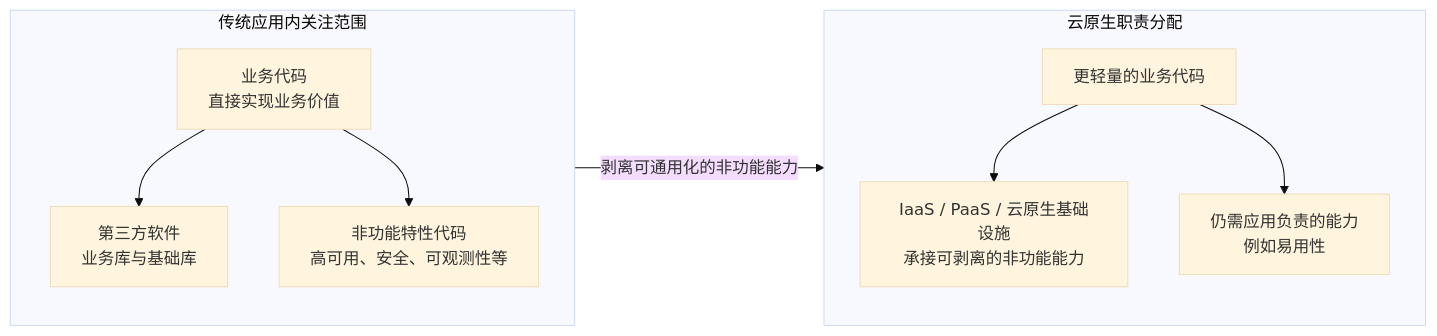
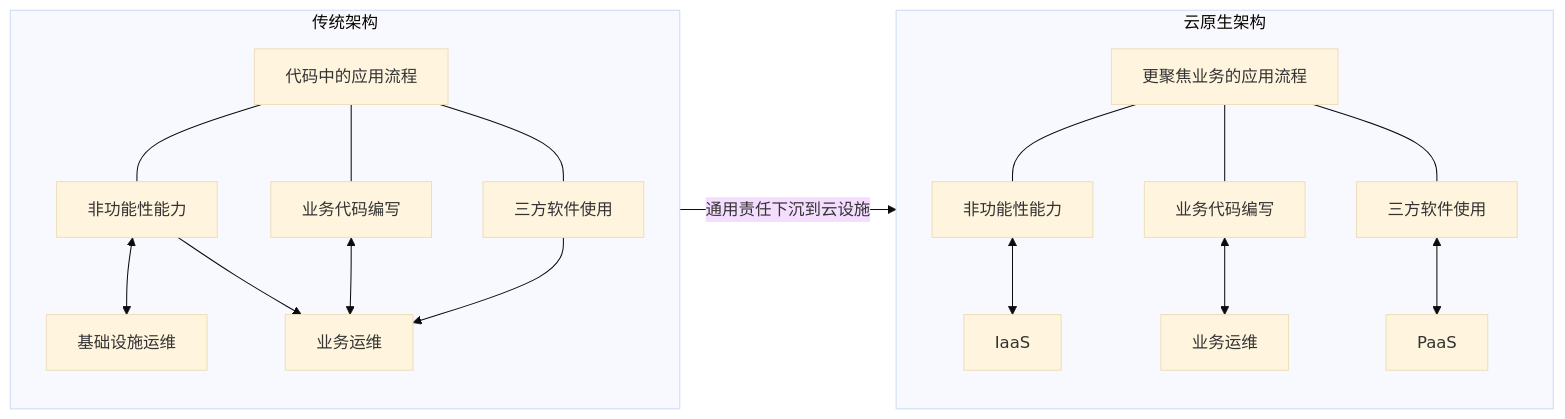
Before and after one commit to YoungHong1992/ruankao-senior-architecture-designer: the diagram in 02.历年真题-清洗版/2020年下半年-系统架构设计师-论文.md, drawn with Mermaid (base theme). The commit also changed other lines of this file and 15 other files, not shown here.

````diff
--- a/02.历年真题-清洗版/2020年下半年-系统架构设计师-论文.md
+++ b/02.历年真题-清洗版/2020年下半年-系统架构设计师-论文.md
@@ -73,18 +73,40 @@
 ```mermaid
 flowchart LR
-    subgraph Traditional["传统应用内关注范围"]
-        Business["业务代码<br/>直接实现业务价值"]
-        ThirdParty["第三方软件<br/>业务库与基础库"]
-        NFR["非功能特性代码<br/>高可用、安全、可观测性等"]
-        Business --> ThirdParty
-        Business --> NFR
+    subgraph Traditional["传统架构"]
+        direction TB
+        TCode["代码中的应用流程"]
+        TNFR["非功能性能力"]
+        TBusiness["业务代码编写"]
+        TThirdParty["三方软件使用"]
+        TInfra["基础设施运维"]
+        TBusinessOps["业务运维"]
+
+        TCode --- TNFR
+        TCode --- TBusiness
+        TCode --- TThirdParty
+        TNFR <--> TInfra
+        TNFR --> TBusinessOps
+        TBusiness <--> TBusinessOps
+        TThirdParty --> TBusinessOps
     end
-    subgraph CloudNative["云原生职责分配"]
-        LeanBusiness["更轻量的业务代码"]
-        Platform["IaaS / PaaS / 云原生基础设施<br/>承接可剥离的非功能能力"]
-        Residual["仍需应用负责的能力<br/>例如易用性"]
-        LeanBusiness --> Platform
-        LeanBusiness --> Residual
+
+    Traditional -->|"通用责任下沉到云设施"| CloudNative
+
+    subgraph CloudNative["云原生架构"]
+        direction TB
+        CCode["更聚焦业务的应用流程"]
+        CNFR["非功能性能力"]
+        CBusiness["业务代码编写"]
+        CThirdParty["三方软件使用"]
+        IaaS["IaaS"]
+        CBusinessOps["业务运维"]
+        PaaS["PaaS"]
+
+        CCode --- CNFR
+        CCode --- CBusiness
+        CCode --- CThirdParty
+        CNFR <--> IaaS
+        CBusiness <--> CBusinessOps
+        CThirdParty <--> PaaS
     end
-    Traditional -->|"剥离可通用化的非功能能力"| CloudNative
 ```
````
